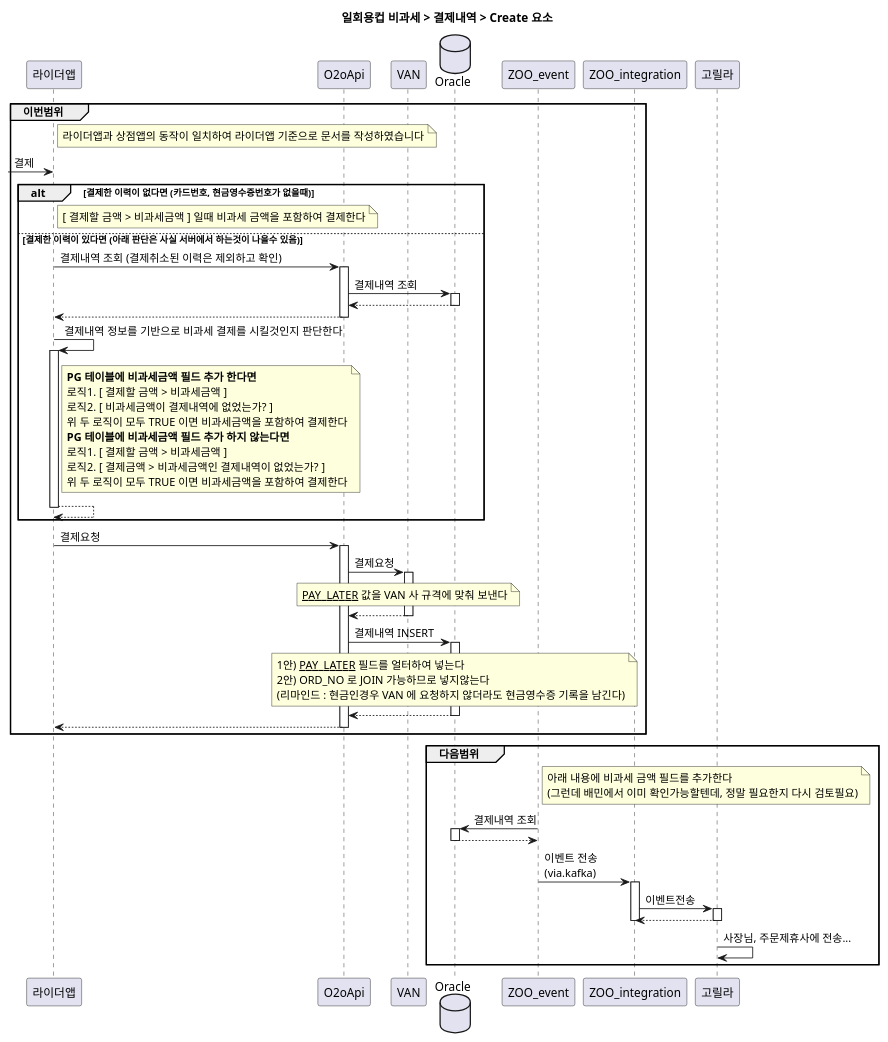
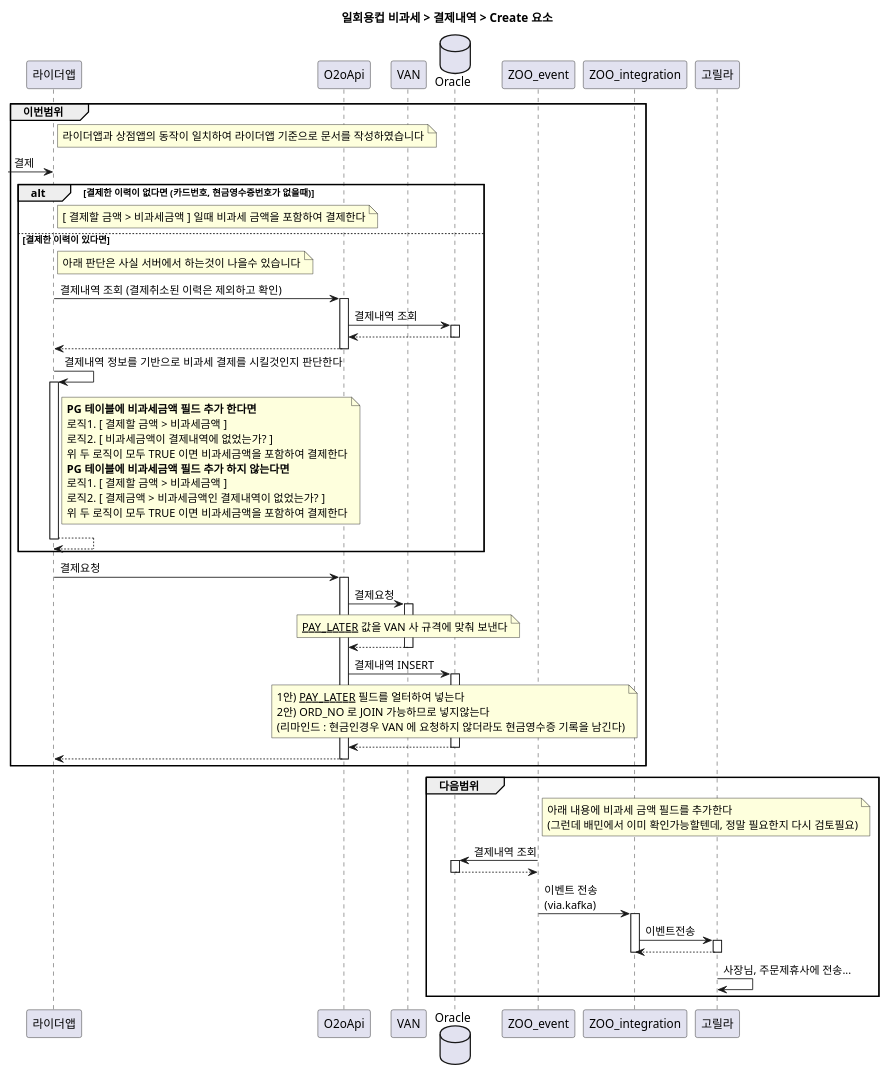
Before and after one commit to junhoo-barogo/junhoo-barogo.github.io: the diagram in uml/disposable_cup/paymentLog_C.puml, drawn with PlantUML.

Commit message:
20220518-2

```diff
--- a/uml/disposable_cup/paymentLog_C.puml
+++ b/uml/disposable_cup/paymentLog_C.puml
@@ -1,66 +1,67 @@
 participant 라이더앱
 participant O2oApi
 participant VAN
 database Oracle
 participant ZOO_event
 participant ZOO_integration
 participant 고릴라
 
 title 일회용컵 비과세 > 결제내역 > Create 요소
 
 group 이번범위
     note right of 라이더앱 
         라이더앱과 상점앱의 동작이 일치하여 라이더앱 기준으로 문서를 작성하였습니다
     end note
     -> 라이더앱 : 결제
     alt 결제한 이력이 없다면 (카드번호, 현금영수증번호가 없을때)
         note right of 라이더앱
             [ 결제할 금액 > 비과세금액 ] 일때 비과세 금액을 포함하여 결제한다
         end note
-    else 결제한 이력이 있다면 (아래 판단은 사실 서버에서 하는것이 나을수 있음)
+    else 결제한 이력이 있다면
+        note right of 라이더앱 : 아래 판단은 사실 서버에서 하는것이 나을수 있습니다
         라이더앱 -> O2oApi ++ : 결제내역 조회 (결제취소된 이력은 제외하고 확인)
         O2oApi -> Oracle ++ : 결제내역 조회
         return
         return
         라이더앱 -> 라이더앱 ++ : 결제내역 정보를 기반으로 비과세 결제를 시킬것인지 판단한다
         note right of 라이더앱
             **PG 테이블에 비과세금액 필드 추가 한다면**
             로직1. [ 결제할 금액 > 비과세금액 ]
             로직2. [ 비과세금액이 결제내역에 없었는가? ]
             위 두 로직이 모두 TRUE 이면 비과세금액을 포함하여 결제한다
             **PG 테이블에 비과세금액 필드 추가 하지 않는다면**
             로직1. [ 결제할 금액 > 비과세금액 ]
             로직2. [ 결제금액 > 비과세금액인 결제내역이 없었는가? ]
             위 두 로직이 모두 TRUE 이면 비과세금액을 포함하여 결제한다
         end note
         return
     end
     라이더앱 -> O2oApi ++ : 결제요청
     O2oApi -> VAN ++ : 결제요청
     note over VAN
         __PAY_LATER__ 값을 VAN 사 규격에 맞춰 보낸다
     end note
     return
     O2oApi -> Oracle ++ : 결제내역 INSERT
     note over Oracle
         1안) __PAY_LATER__ 필드를 얼터하여 넣는다
         2안) ORD_NO 로 JOIN 가능하므로 넣지않는다
         (리마인드 : 현금인경우 VAN 에 요청하지 않더라도 현금영수증 기록을 남긴다)
     end note
     return 
     return
 end
 
 group 다음범위
     note right of ZOO_event
         아래 내용에 비과세 금액 필드를 추가한다
         (그런데 배민에서 이미 확인가능할텐데, 정말 필요한지 다시 검토필요)
     end note
     ZOO_event -> Oracle ++ : 결제내역 조회
     return
     ZOO_event -> ZOO_integration ++ : 이벤트 전송\n(via.kafka)
     ZOO_integration -> 고릴라 ++ : 이벤트전송
     return
     deactivate
     고릴라 -> 고릴라 : 사장님, 주문제휴사에 전송...
 end
```
